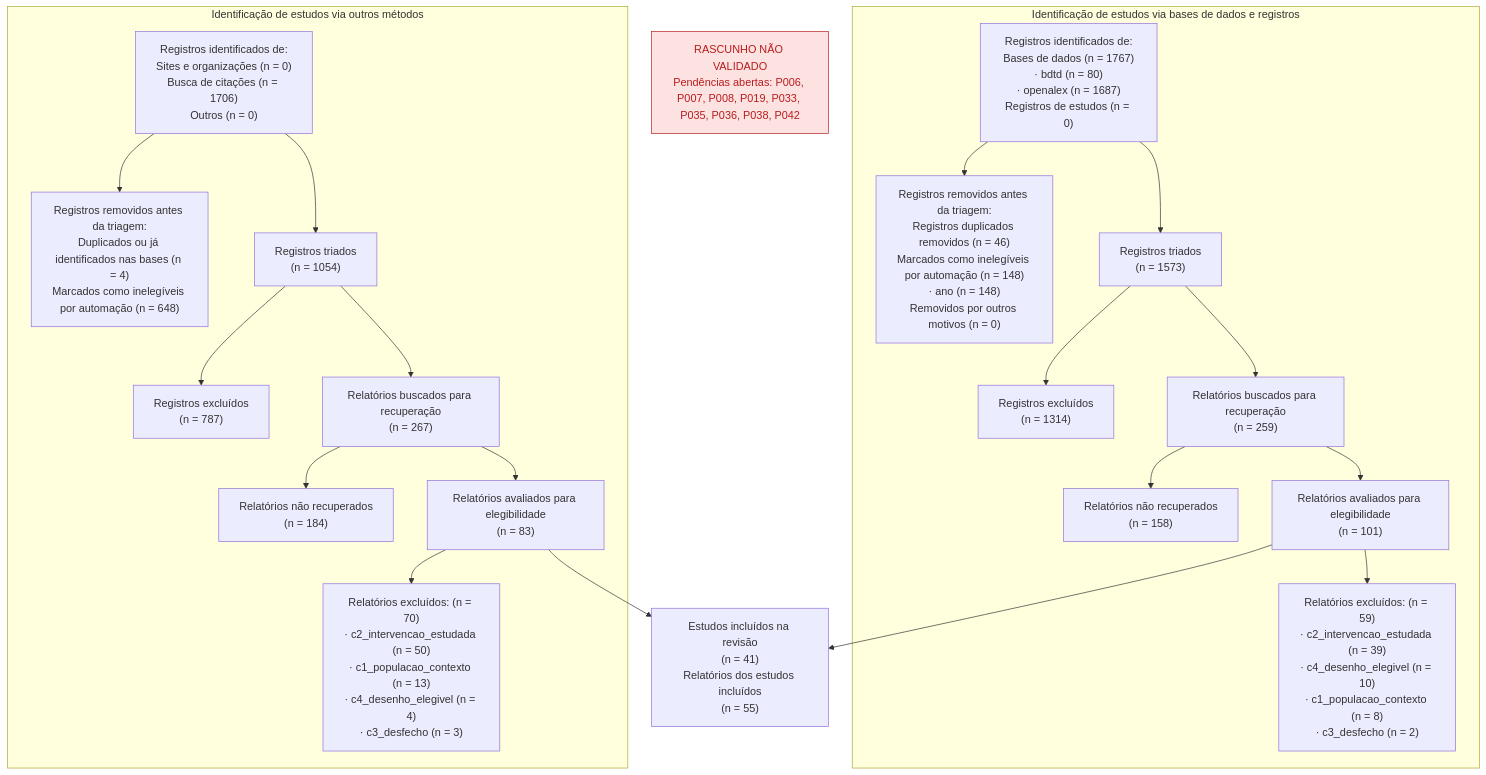
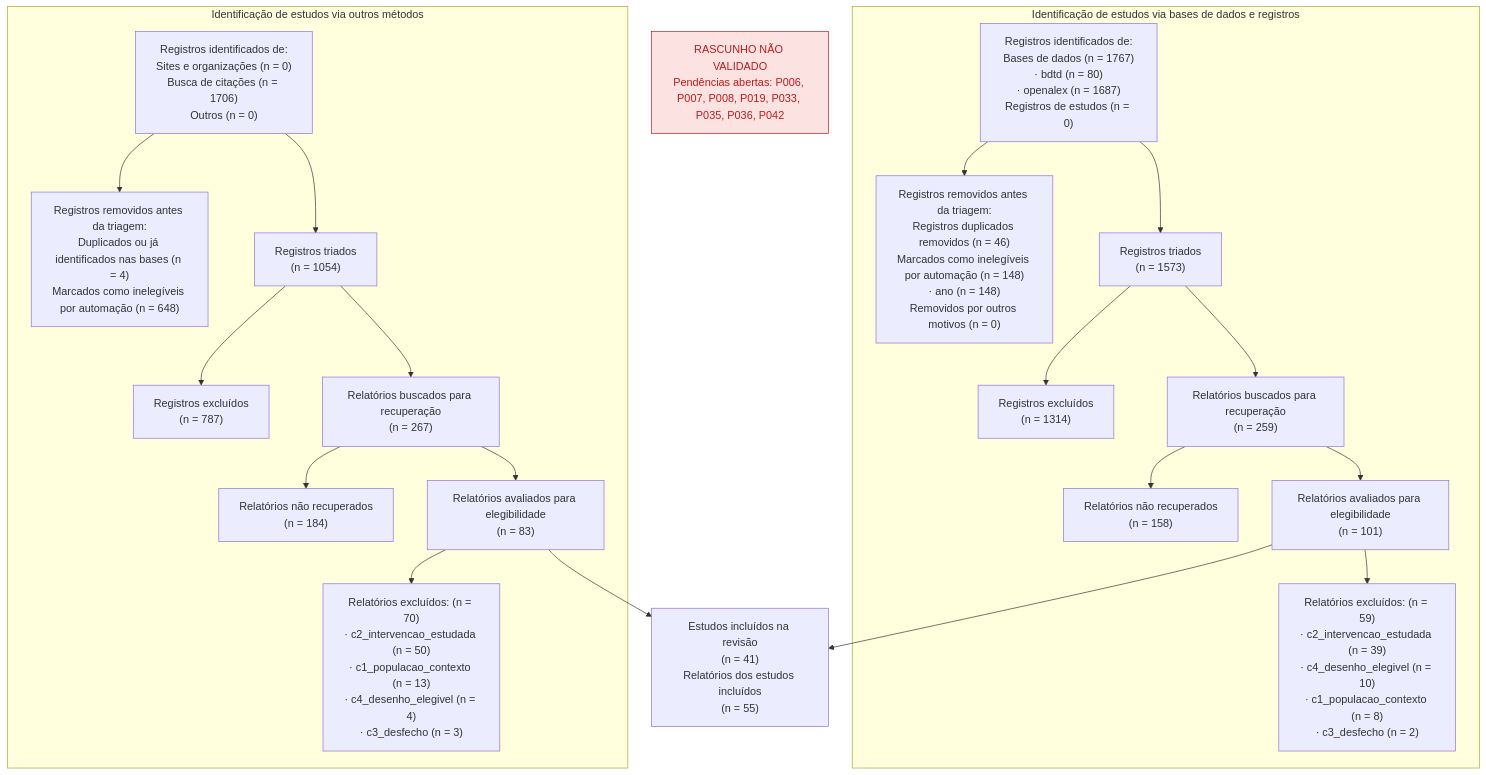
One commit to felipelmc/pesquisas-eleitorais-rs changed the diagram in 07-relatorio/prisma.mermaid. Above: the diagram before and after it, drawn with Mermaid. The commit also changed 24 other files, not shown here.

```diff
--- a/07-relatorio/prisma.mermaid
+++ b/07-relatorio/prisma.mermaid
@@ -1,40 +1,40 @@
 flowchart TD
-  rascunho["RASCUNHO NÃO VALIDADO<br/>Pendências abertas: P006, P007, P008, P019, P033, P035, P036, P038, P042"]
+  rascunho["RASCUNHO NÃO VALIDADO<br/>Pendências abertas: P006, P007, P008, P019, P033, P035, P036, P042"]
   style rascunho fill:#fde2e2,stroke:#b91c1c,color:#b91c1c
   subgraph ramo_bases["Identificação de estudos via bases de dados e registros"]
     b_ident["Registros identificados de:<br/>Bases de dados (n = 1767)<br/>· bdtd (n = 80)<br/>· openalex (n = 1687)<br/>Registros de estudos (n = 0)"]
     b_removidos["Registros removidos antes da triagem:<br/>Registros duplicados removidos (n = 46)<br/>Marcados como inelegíveis por automação (n = 148)<br/>· ano (n = 148)<br/>Removidos por outros motivos (n = 0)"]
     b_triados["Registros triados<br/>(n = 1573)"]
     b_excl_triagem["Registros excluídos<br/>(n = 1314)"]
     b_buscados["Relatórios buscados para recuperação<br/>(n = 259)"]
     b_nao_rec["Relatórios não recuperados<br/>(n = 158)"]
     b_avaliados["Relatórios avaliados para elegibilidade<br/>(n = 101)"]
     b_excl_tc["Relatórios excluídos: (n = 59)<br/>· c2_intervencao_estudada (n = 39)<br/>· c4_desenho_elegivel (n = 10)<br/>· c1_populacao_contexto (n = 8)<br/>· c3_desfecho (n = 2)"]
   end
   subgraph ramo_outros["Identificação de estudos via outros métodos"]
     o_ident["Registros identificados de:<br/>Sites e organizações (n = 0)<br/>Busca de citações (n = 1706)<br/>Outros (n = 0)"]
     o_removidos["Registros removidos antes da triagem:<br/>Duplicados ou já identificados nas bases (n = 4)<br/>Marcados como inelegíveis por automação (n = 648)"]
     o_triados["Registros triados<br/>(n = 1054)"]
     o_excl_triagem["Registros excluídos<br/>(n = 787)"]
     o_buscados["Relatórios buscados para recuperação<br/>(n = 267)"]
     o_nao_rec["Relatórios não recuperados<br/>(n = 184)"]
     o_avaliados["Relatórios avaliados para elegibilidade<br/>(n = 83)"]
     o_excl_tc["Relatórios excluídos: (n = 70)<br/>· c2_intervencao_estudada (n = 50)<br/>· c1_populacao_contexto (n = 13)<br/>· c4_desenho_elegivel (n = 4)<br/>· c3_desfecho (n = 3)"]
   end
   incluidos["Estudos incluídos na revisão<br/>(n = 41)<br/>Relatórios dos estudos incluídos<br/>(n = 55)"]
   b_ident --> b_removidos
   b_ident --> b_triados
   b_triados --> b_excl_triagem
   b_triados --> b_buscados
   b_buscados --> b_nao_rec
   b_buscados --> b_avaliados
   b_avaliados --> b_excl_tc
   b_avaliados --> incluidos
   o_ident --> o_removidos
   o_ident --> o_triados
   o_triados --> o_excl_triagem
   o_triados --> o_buscados
   o_buscados --> o_nao_rec
   o_buscados --> o_avaliados
   o_avaliados --> o_excl_tc
   o_avaliados --> incluidos
```
